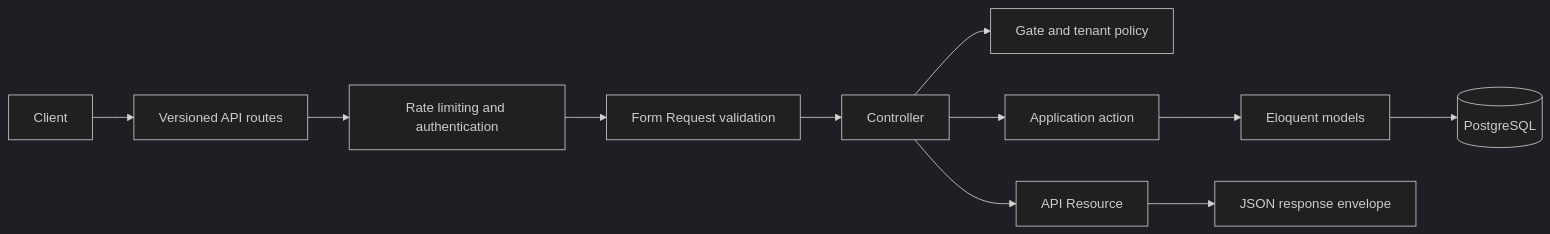
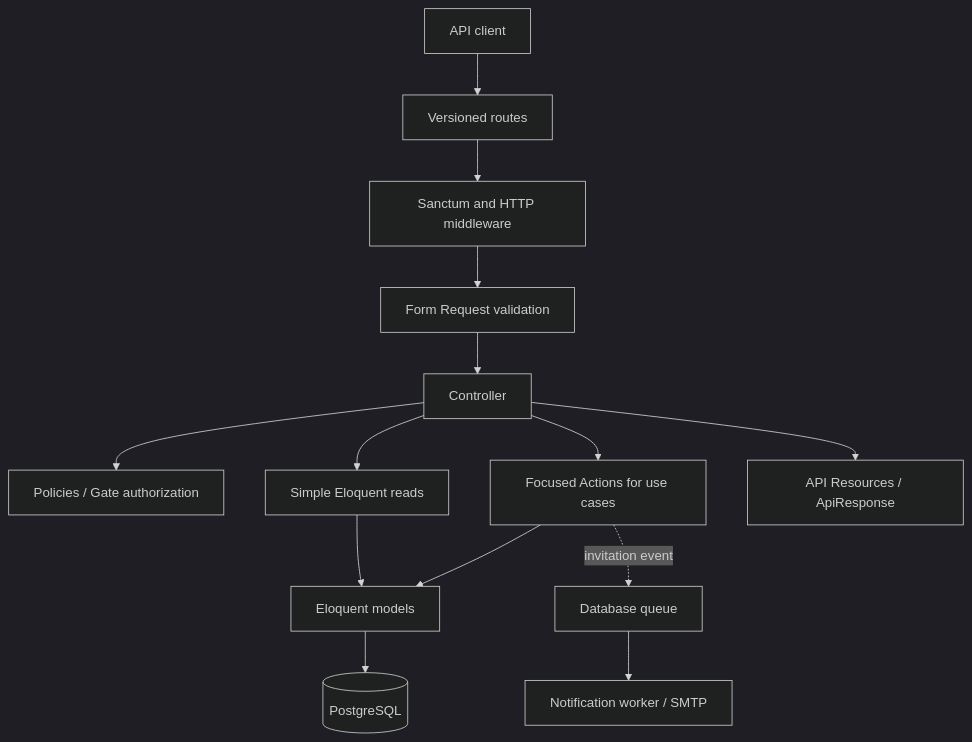
One commit to fathallah7/multi-tenant-helpdesk-saas changed the first of 2 diagrams in README.md. Above: the diagram before and after it, drawn with Mermaid (dark theme). The commit also changed other lines of this file, not shown here.

Commit message:
Revise README to enhance clarity on project status, capabilities, and structure; update sections on progress, API endpoints, and development workflow.

````diff
--- a/README.md
+++ b/README.md
@@ -77,13 +74,16 @@
 ```mermaid
-flowchart LR
-    Client --> Routes[Versioned API routes]
-    Routes --> Middleware[Rate limiting and authentication]
-    Middleware --> Validation[Form Request validation]
-    Validation --> Controller
-    Controller --> Policy[Gate and tenant policy]
-    Controller --> Action[Application action]
+flowchart TD
+    Client[API client] --> Route[Versioned routes]
+    Route --> Auth[Sanctum and HTTP middleware]
+    Auth --> Request[Form Request validation]
+    Request --> Controller[Controller]
+    Controller --> Policy[Policies / Gate authorization]
+    Controller --> Action[Focused Actions for use cases]
+    Controller --> Read[Simple Eloquent reads]
     Action --> Model[Eloquent models]
-    Model --> Database[(PostgreSQL)]
-    Controller --> Resource[API Resource]
-    Resource --> Envelope[JSON response envelope]
+    Read --> Model
+    Model --> DB[(PostgreSQL)]
+    Controller --> Resource[API Resources / ApiResponse]
+    Action -. invitation event .-> Queue[Database queue]
+    Queue --> Mail[Notification worker / SMTP]
 ```
````
